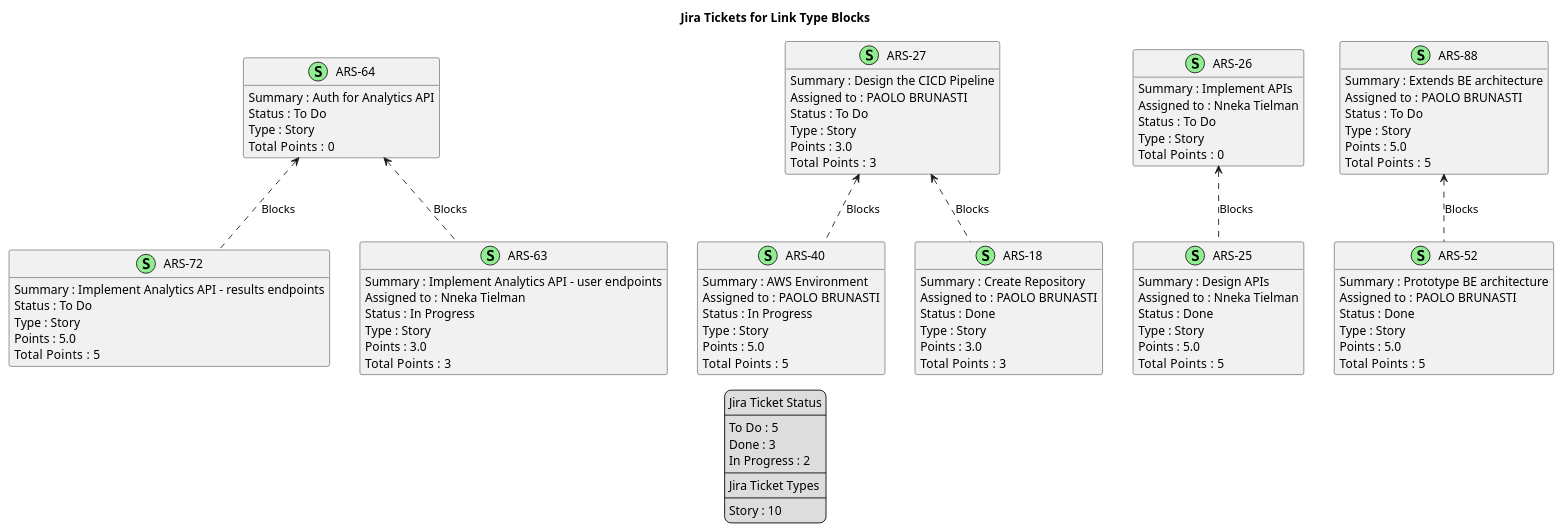
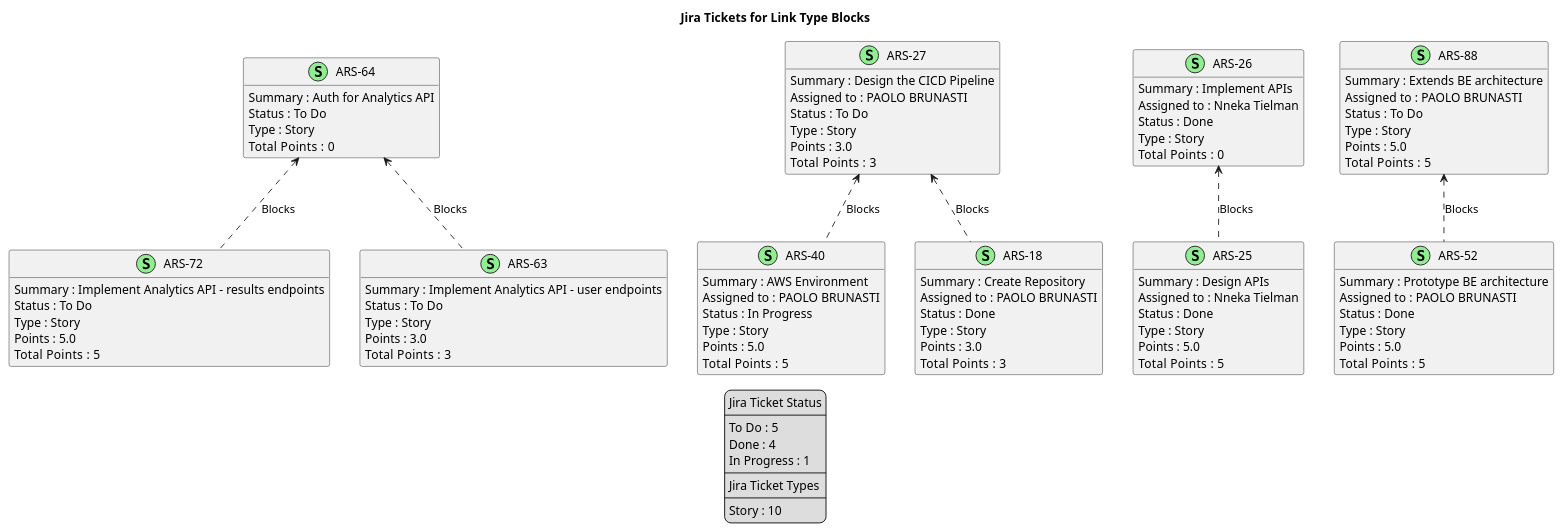
The diagram in docs/nexus/jira-LinkType-Blocks.puml (brunasti/jiraplotter), drawn with PlantUML before and after one commit. The commit also changed 23 other files, not shown here.

Commit message:
Regenerates Nexus diagrams

```diff
--- a/docs/nexus/jira-LinkType-Blocks.puml
+++ b/docs/nexus/jira-LinkType-Blocks.puml
@@ -1,127 +1,126 @@
 @startuml
 'https://plantuml.com/class-diagram
 
 ' GENERATE CLASS DIAGRAM ===========
-' Generated at    : Thu May 23 13:36:26 CEST 2024
+' Generated at    : Mon May 27 11:35:03 CEST 2024
 
 title Jira Tickets for Link Type Blocks
 hide empty members
 
 legend
 Jira Ticket Status
 ----
 To Do : 5
-Done : 3
-In Progress : 2
+Done : 4
+In Progress : 1
 ----
 Jira Ticket Types
 ----
 Story : 10
 end legend
 
 
 ' Tickets =======
 class "ARS-72" << (S,lightgreen) >> {
  Summary : Implement Analytics API - results endpoints
  Status : To Do
  Type : Story
  Points : 5.0
 Total  Points : 5
 }
 
 class "ARS-40" << (S,lightgreen) >> {
  Summary : AWS Environment
  Assigned to : PAOLO BRUNASTI
  Status : In Progress
  Type : Story
  Points : 5.0
 Total  Points : 5
 }
 
 class "ARS-27" << (S,lightgreen) >> {
  Summary : Design the CICD Pipeline
  Assigned to : PAOLO BRUNASTI
  Status : To Do
  Type : Story
  Points : 3.0
 Total  Points : 3
 }
 
 class "ARS-18" << (S,lightgreen) >> {
  Summary : Create Repository
  Assigned to : PAOLO BRUNASTI
  Status : Done
  Type : Story
  Points : 3.0
 Total  Points : 3
 }
 
 class "ARS-25" << (S,lightgreen) >> {
  Summary : Design APIs
  Assigned to : Nneka Tielman
  Status : Done
  Type : Story
  Points : 5.0
 Total  Points : 5
 }
 
 class "ARS-26" << (S,lightgreen) >> {
  Summary : Implement APIs
  Assigned to : Nneka Tielman
- Status : To Do
+ Status : Done
  Type : Story
 Total  Points : 0
 }
 
 class "ARS-63" << (S,lightgreen) >> {
  Summary : Implement Analytics API - user endpoints
- Assigned to : Nneka Tielman
- Status : In Progress
+ Status : To Do
  Type : Story
  Points : 3.0
 Total  Points : 3
 }
 
 class "ARS-52" << (S,lightgreen) >> {
  Summary : Prototype BE architecture
  Assigned to : PAOLO BRUNASTI
  Status : Done
  Type : Story
  Points : 5.0
 Total  Points : 5
 }
 
 class "ARS-64" << (S,lightgreen) >> {
  Summary : Auth for Analytics API
  Status : To Do
  Type : Story
 Total  Points : 0
 }
 
 class "ARS-88" << (S,lightgreen) >> {
  Summary : Extends BE architecture
  Assigned to : PAOLO BRUNASTI
  Status : To Do
  Type : Story
  Points : 5.0
 Total  Points : 5
 }
 
 
 
 ' Links =======
 "ARS-27" <.. "ARS-18" : Blocks
 
 "ARS-27" <.. "ARS-40" : Blocks
 
 "ARS-26" <.. "ARS-25" : Blocks
 
 "ARS-64" <.. "ARS-72" : Blocks
 
 "ARS-64" <.. "ARS-63" : Blocks
 
 "ARS-88" <.. "ARS-52" : Blocks
 
 
 
 @enduml
```
